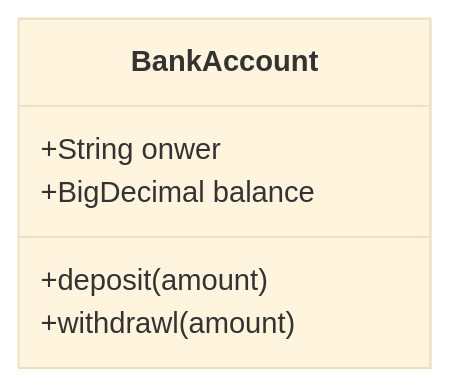
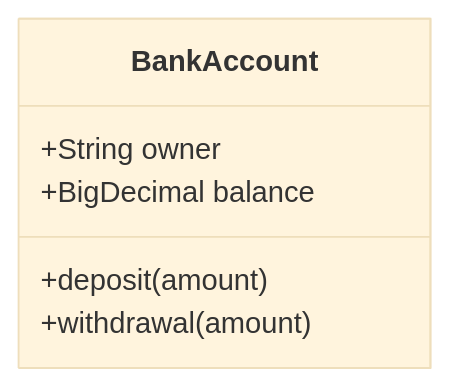
One commit to mermaidjs/mermaidjs.github.io changed the second of 10 diagrams in classDiagram.md. Above: the diagram before and after it, drawn with Mermaid (base theme). The commit also changed other lines of this file, not shown here.

````diff
--- a/classDiagram.md
+++ b/classDiagram.md
@@ -77,8 +77,8 @@
 ```mermaid
 classDiagram
     class BankAccount
-    BankAccount : +String onwer
+    BankAccount : +String owner
     BankAccount : +BigDecimal balance
     BankAccount : +deposit(amount)
-    BankAccount : +withdrawl(amount)
+    BankAccount : +withdrawal(amount)
 ```
````
